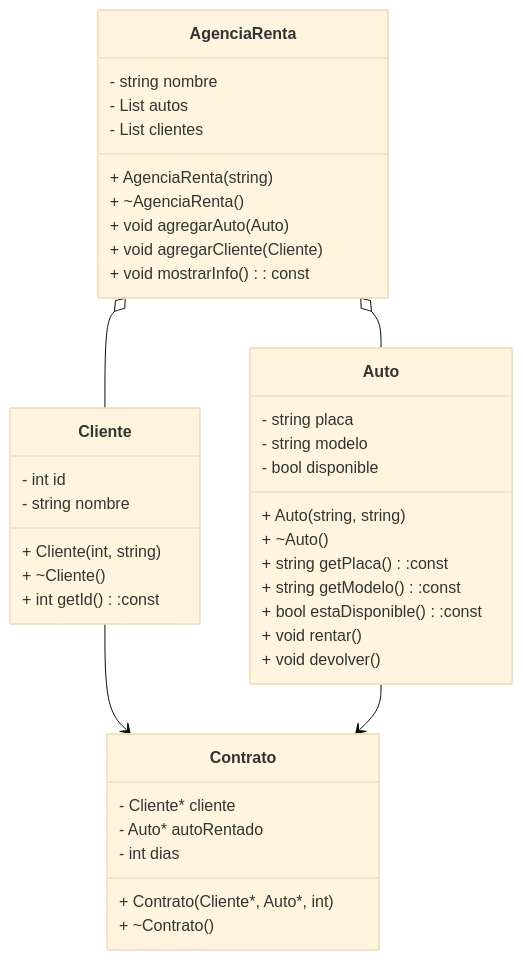
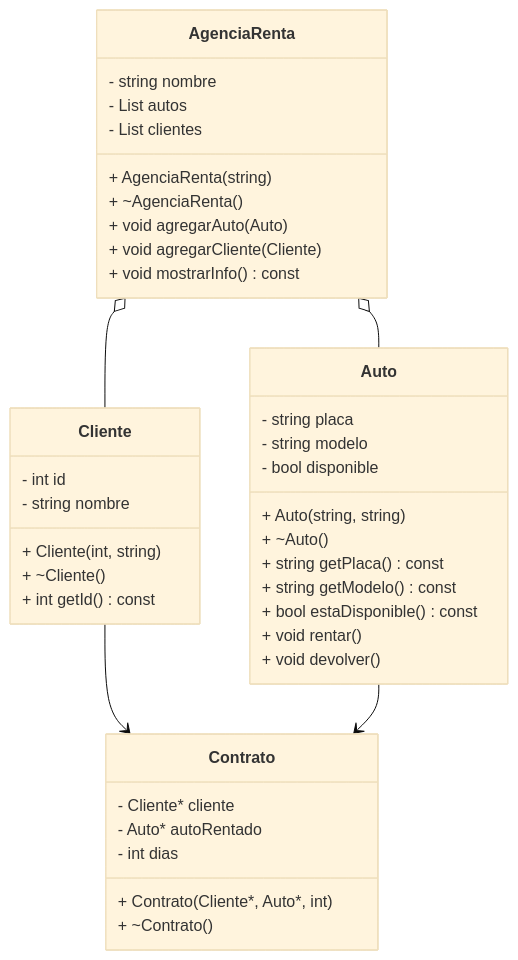
The second of 2 diagrams in README.md (juanferml/diagramasUML), drawn with Mermaid (base theme) before and after one commit.

````diff
--- a/README.md
+++ b/README.md
@@ -43,48 +43,48 @@
 ```mermaid
 classDiagram
 	
 	class Auto {
 		- string placa
 		- string modelo
 		- bool disponible
 		+ Auto(string, string)
 		+ ~Auto()
-		+ string getPlaca():const
-		+ string getModelo():const
-		+ bool estaDisponible():const
+		+ string getPlaca()const
+		+ string getModelo()const
+		+ bool estaDisponible()const
 		+ void rentar()
 		+ void devolver()
 	}
 	
 	class Cliente {
 		- int id
 		- string nombre
 		+ Cliente(int, string)
 		+ ~Cliente()
-		+ int getId():const
+		+ int getId()const
 	}
 
 	class Contrato {
 		- Cliente* cliente
 		- Auto* autoRentado
 		- int dias
 		+ Contrato(Cliente*, Auto*, int)
 		+ ~Contrato()
 	}
 
 	class AgenciaRenta {
 		- string nombre
 		- List<Auto> autos
 		- List<Cliente> clientes
 		+ AgenciaRenta(string)
 		+ ~AgenciaRenta()
 		+ void agregarAuto(Auto)
 		+ void agregarCliente(Cliente)
-		+ void mostrarInfo() : const
+		+ void mostrarInfo()const
 	}
 
 	Cliente --> Contrato
 	Auto --> Contrato
  	AgenciaRenta o-- Auto 
 	AgenciaRenta o-- Cliente 
 ```
````
